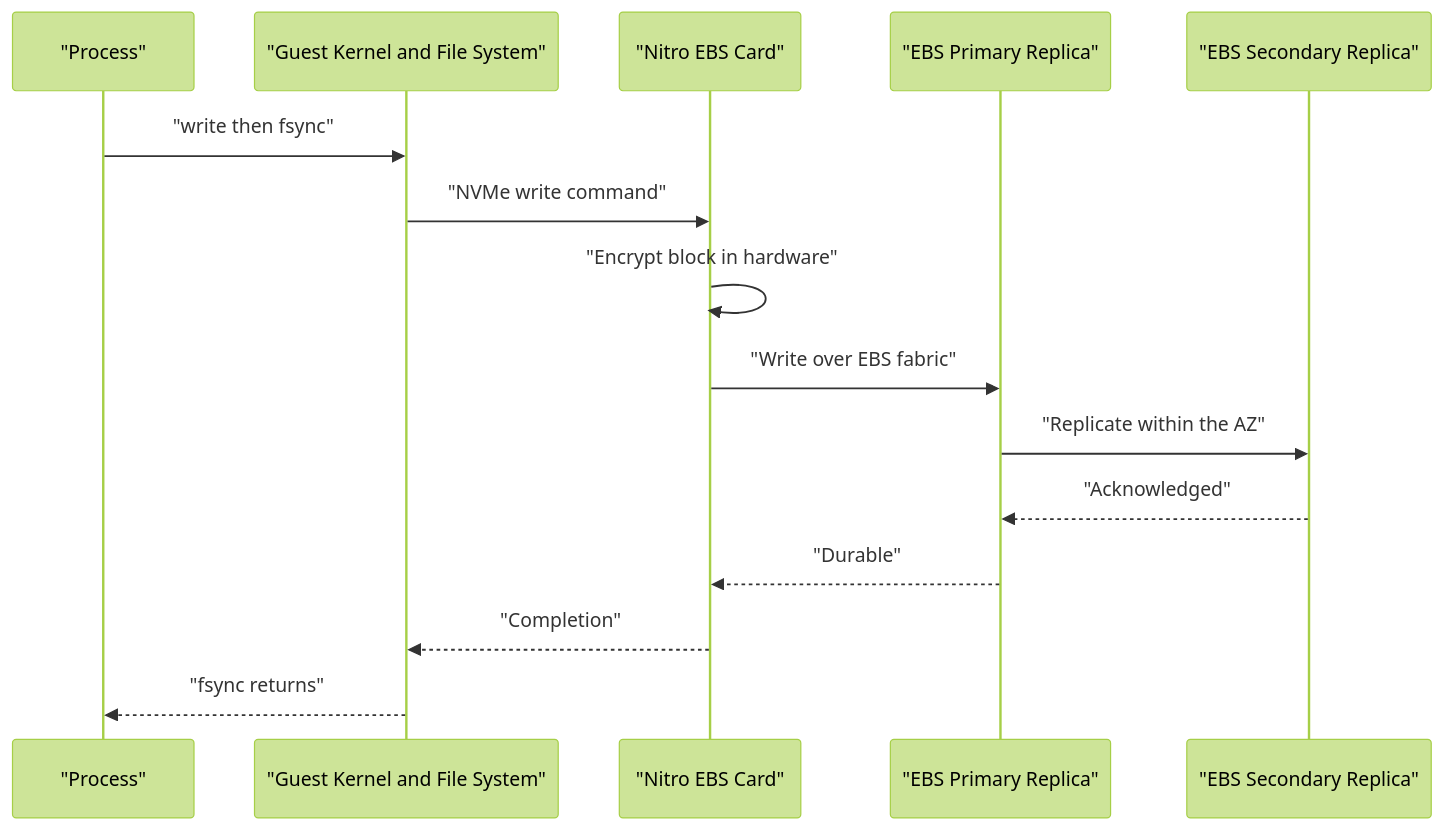
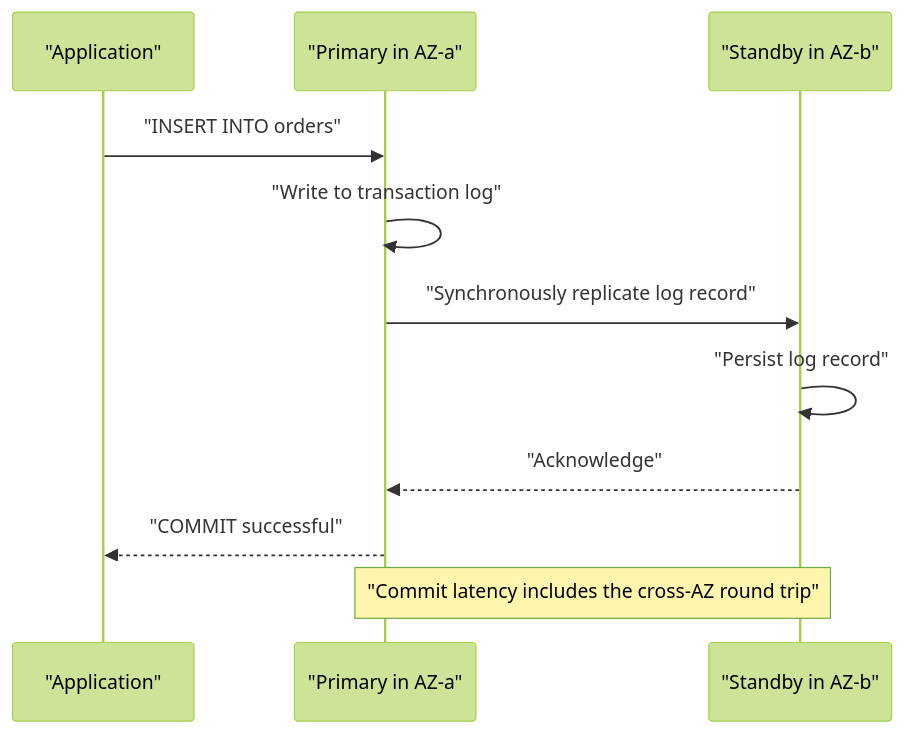
The ninth of 35 diagrams in docs/unit1/topic5.md (norbutlepcha25/dso303), drawn with Mermaid (forest theme) before and after one commit. The commit also changed other lines of this file and 945 other files, not shown here.

````diff
--- a/docs/unit1/topic5.md
+++ b/docs/unit1/topic5.md
@@ -608,17 +493,13 @@
 ```mermaid
 sequenceDiagram
-    participant P as "Process"
-    participant OS as "Guest Kernel and File System"
-    participant N as "Nitro EBS Card"
-    participant E1 as "EBS Primary Replica"
-    participant E2 as "EBS Secondary Replica"
-    P->>OS: "write then fsync"
-    OS->>N: "NVMe write command"
-    N->>N: "Encrypt block in hardware"
-    N->>E1: "Write over EBS fabric"
-    E1->>E2: "Replicate within the AZ"
-    E2-->>E1: "Acknowledged"
-    E1-->>N: "Durable"
-    N-->>OS: "Completion"
-    OS-->>P: "fsync returns"
+    participant APP as "Application"
+    participant P as "Primary in AZ-a"
+    participant S as "Standby in AZ-b"
+    APP->>P: "INSERT INTO orders"
+    P->>P: "Write to transaction log"
+    P->>S: "Synchronously replicate log record"
+    S->>S: "Persist log record"
+    S-->>P: "Acknowledge"
+    P-->>APP: "COMMIT successful"
+    Note over P,S: "Commit latency includes the cross-AZ round trip"
 ```
````
